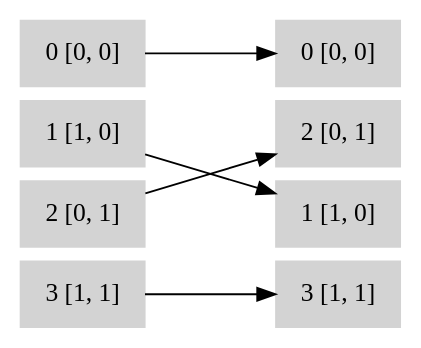
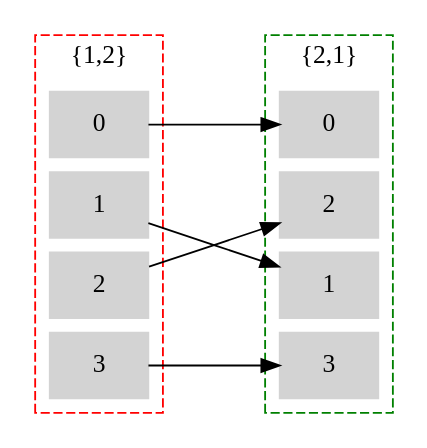
One commit to IDSIA/crema changed the diagram in docs/tutorials/iterators.rst. Above: the diagram before and after it, drawn with Graphviz. The commit also changed other lines of this file and 1 other file, not shown here.

```diff
--- a/docs/tutorials/iterators.rst
+++ b/docs/tutorials/iterators.rst
@@ -13,38 +79,39 @@
 .. graphviz::
 
     digraph G {
       graph [pad=0.05, nodesep=1, ranksep=0.1];
       splines=false;
       clusterrank=local;
-      node [shape=box];
+      node [shape=box,style=filled,color=lightgray];
       edge[style=invis];
-      subgraph cl1{
-         label="V1, V2"
-         style=filled;
-         color=white;
-         node [style=filled,color=lightgray];
-         p0[label="0 [0, 0]"];
-         p1[label="1 [1, 0]"];
-         p2[label="2 [0, 1]"];
-         p3[label="3 [1, 1]"];
+
+      subgraph cluster_cl1{
+         label = "{1,2}";
+         style = "dashed";
+         color = "red";
+         
+         p0[label="0"];
+         p1[label="1"];
+         p2[label="2"];
+         p3[label="3"];
          p0->p1->p2->p3
       }
 
-      subgraph cl2{
-         label="V2, V1"
-         style=filled;
-         color=white;
-         node [style=filled,color=lightgray];
-         d0[label="0 [0, 0]"];
-         d2[label="2 [0, 1]"];
-         d1[label="1 [1, 0]"];
-         d3[label="3 [1, 1]"];
+      subgraph cluster_cl2{
+         label = "{2,1}";
+         style = "dashed";
+         color = "green";
+
+         d0[label="0"];
+         d2[label="2"];
+         d1[label="1"];
+         d3[label="3"];
          d0->d2->d1->d3
       }
 
       edge[style=solid, penwidth=1, constraint=false];
       p0->d0;
       p1->d1;
       p2->d2;
       p3->d3;
     }
```
